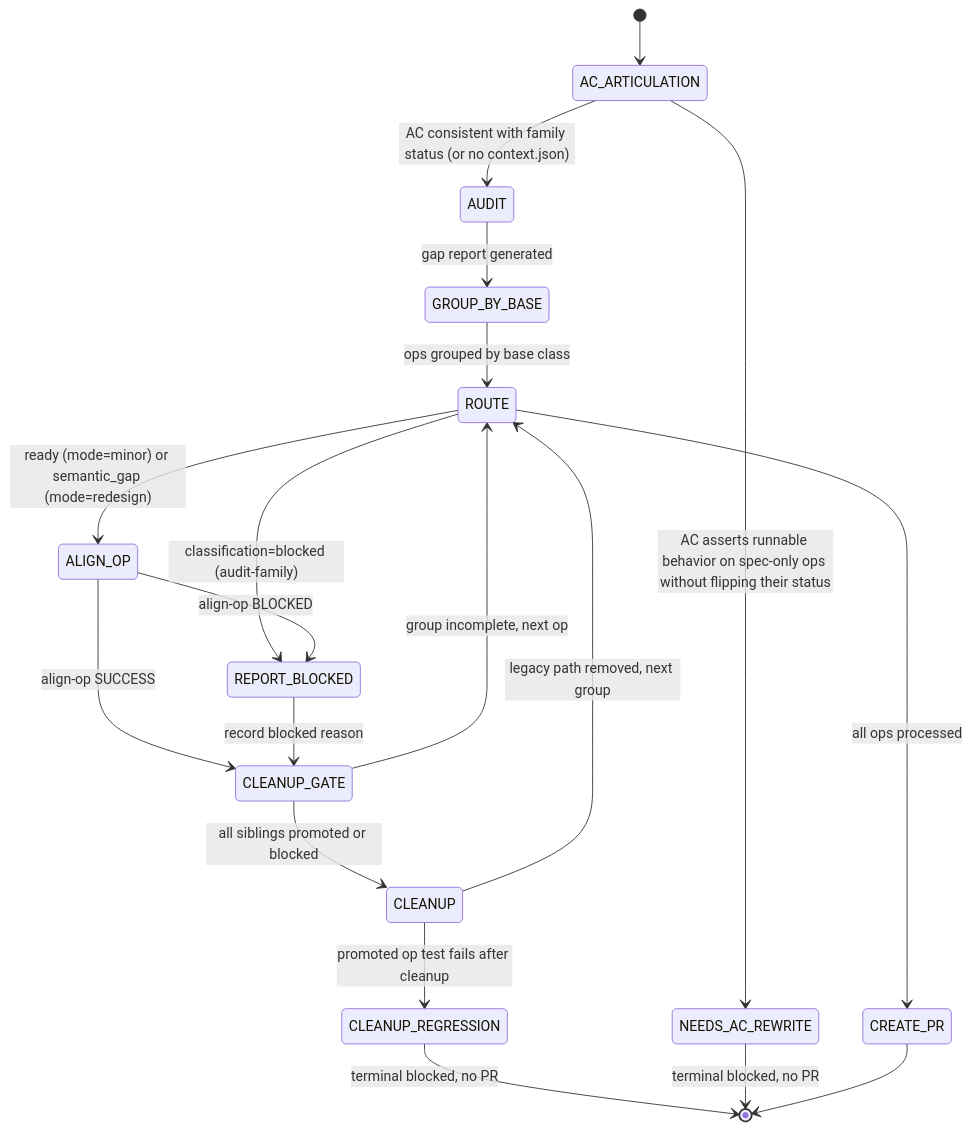
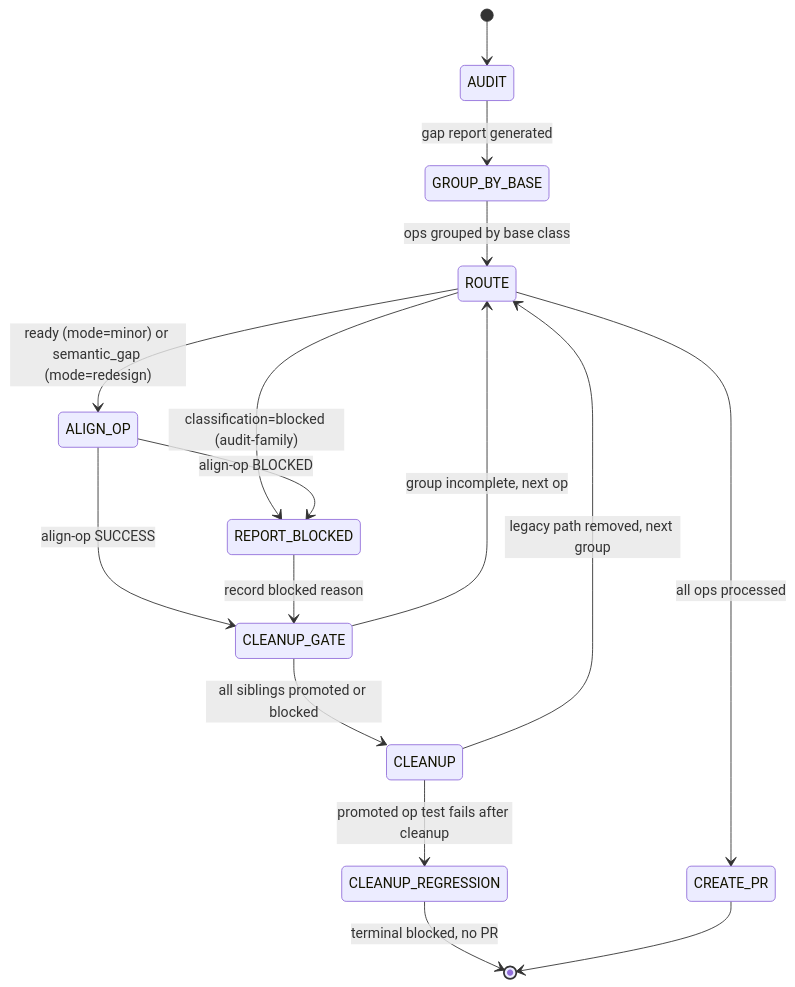
Before and after one commit to tile-ai/TileOPs: the diagram in .claude/skills/align-family/SKILL.md, drawn with Mermaid. The commit also changed other lines of this file and 1 other file, not shown here.

First line of the commit message:
[Revert] AC_ARTICULATION step from align-op / align-family

````diff
--- a/.claude/skills/align-family/SKILL.md
+++ b/.claude/skills/align-family/SKILL.md
@@ -34,21 +33,18 @@
 ```mermaid
 stateDiagram-v2
-    [*] --> AC_ARTICULATION
-    AC_ARTICULATION --> AUDIT: AC consistent with family status (or no context.json)
-    AC_ARTICULATION --> NEEDS_AC_REWRITE: AC asserts runnable behavior on spec-only ops without flipping their status
+    [*] --> AUDIT
     AUDIT --> GROUP_BY_BASE: gap report generated
     GROUP_BY_BASE --> ROUTE: ops grouped by base class
     ROUTE --> ALIGN_OP: ready (mode=minor) or semantic_gap (mode=redesign)
     ROUTE --> REPORT_BLOCKED: classification=blocked (audit-family)
     ALIGN_OP --> CLEANUP_GATE: align-op SUCCESS
     ALIGN_OP --> REPORT_BLOCKED: align-op BLOCKED
     REPORT_BLOCKED --> CLEANUP_GATE: record blocked reason
     CLEANUP_GATE --> ROUTE: group incomplete, next op
     CLEANUP_GATE --> CLEANUP: all siblings promoted or blocked
     CLEANUP --> ROUTE: legacy path removed, next group
     ROUTE --> CREATE_PR: all ops processed
     CLEANUP --> CLEANUP_REGRESSION: promoted op test fails after cleanup
     CLEANUP_REGRESSION --> [*]: terminal blocked, no PR
-    NEEDS_AC_REWRITE --> [*]: terminal blocked, no PR
     CREATE_PR --> [*]
 ```
````
